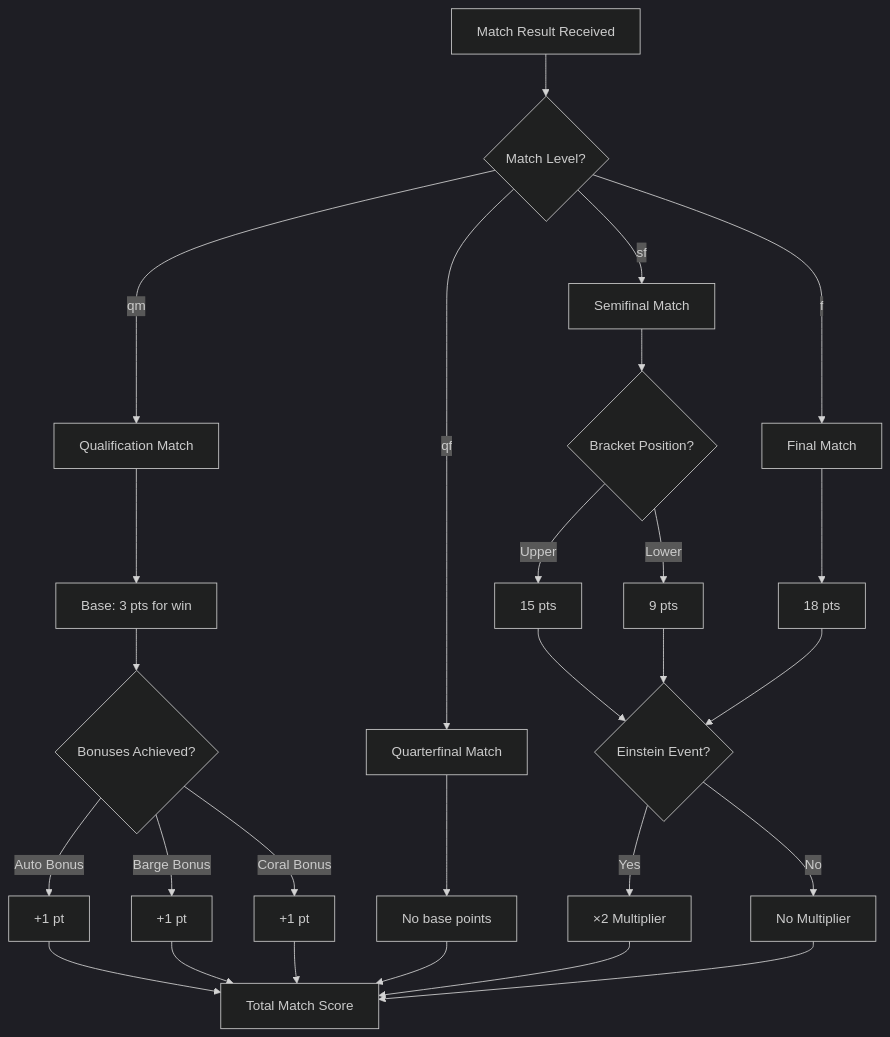
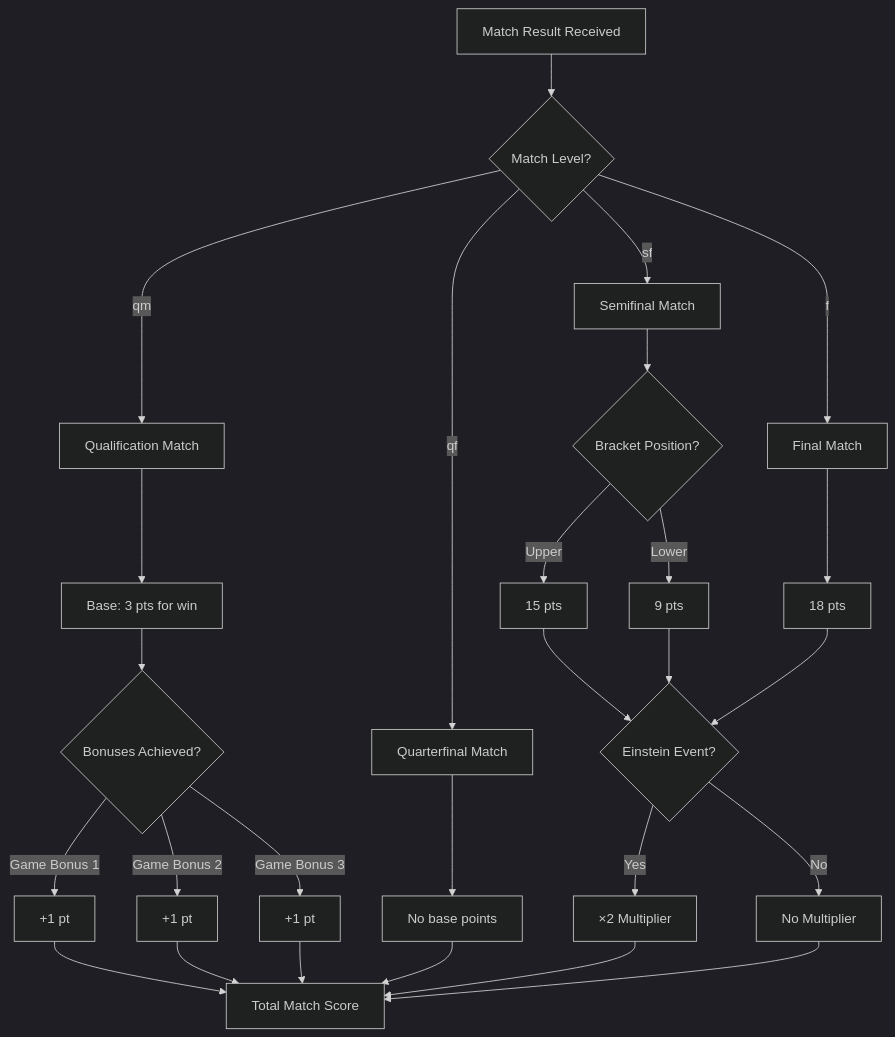
One commit to squirlemaster42/fantasy-frc-web changed the second of 9 diagrams in docs/business-logic/scoring-visual.md. Above: the diagram before and after it, drawn with Mermaid (dark theme). The commit also changed other lines of this file and 35 other files, not shown here.

````diff
--- a/docs/business-logic/scoring-visual.md
+++ b/docs/business-logic/scoring-visual.md
@@ -33,36 +33,36 @@
 ```mermaid
 flowchart TD
     A[Match Result Received] --> B{Match Level?}
     
     B -->|qm| C[Qualification Match]
     B -->|qf| D[Quarterfinal Match]
     B -->|sf| E[Semifinal Match]
     B -->|f| F[Final Match]
     
     C --> G[Base: 3 pts for win]
     G --> H{Bonuses Achieved?}
-    H -->|Auto Bonus| I[+1 pt]
-    H -->|Barge Bonus| J[+1 pt]
-    H -->|Coral Bonus| K[+1 pt]
+    H -->|Game Bonus 1| I[+1 pt]
+    H -->|Game Bonus 2| J[+1 pt]
+    H -->|Game Bonus 3| K[+1 pt]
     
     D --> L[No base points]
     E --> M{Bracket Position?}
     F --> N[18 pts]
     
     M -->|Upper| O[15 pts]
     M -->|Lower| P[9 pts]
     
     Q{Einstein Event?}
     O --> Q
     P --> Q
     N --> Q
     Q -->|Yes| R[×2 Multiplier]
     Q -->|No| S[No Multiplier]
     
     I --> T[Total Match Score]
     J --> T
     K --> T
     L --> T
     R --> T
     S --> T
 ```
````
